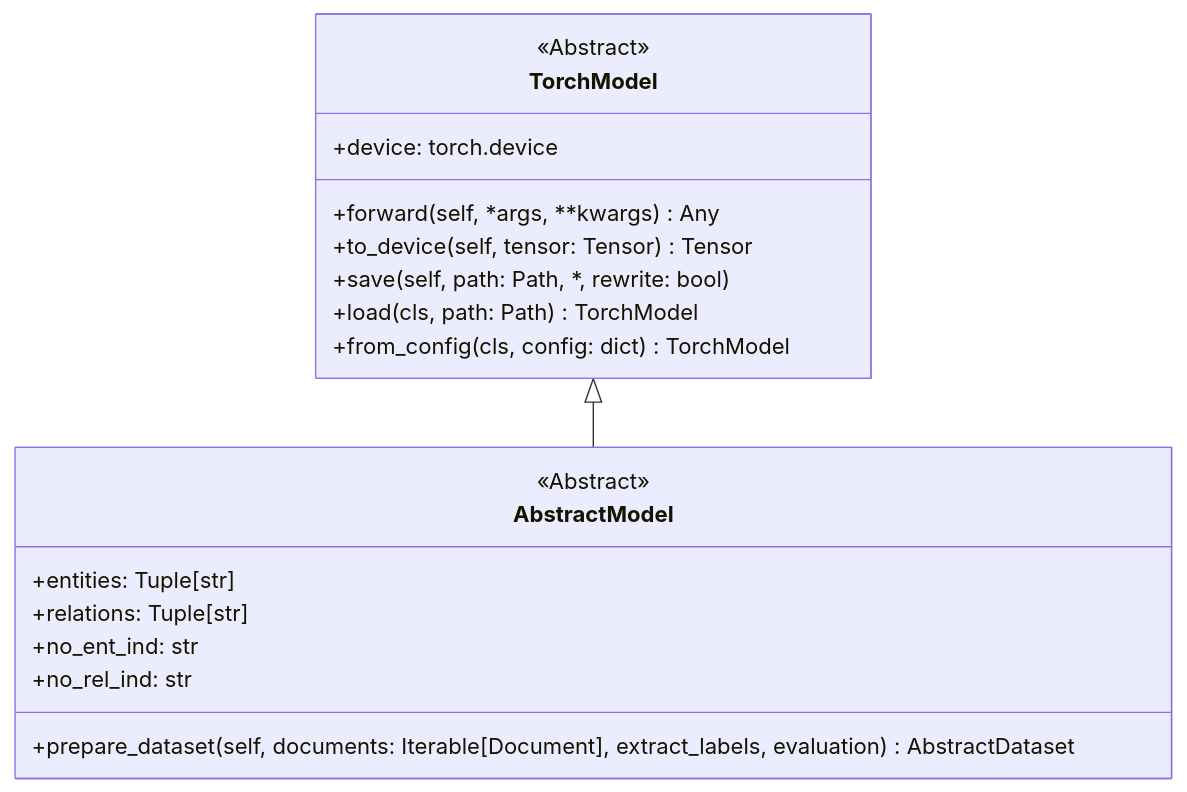
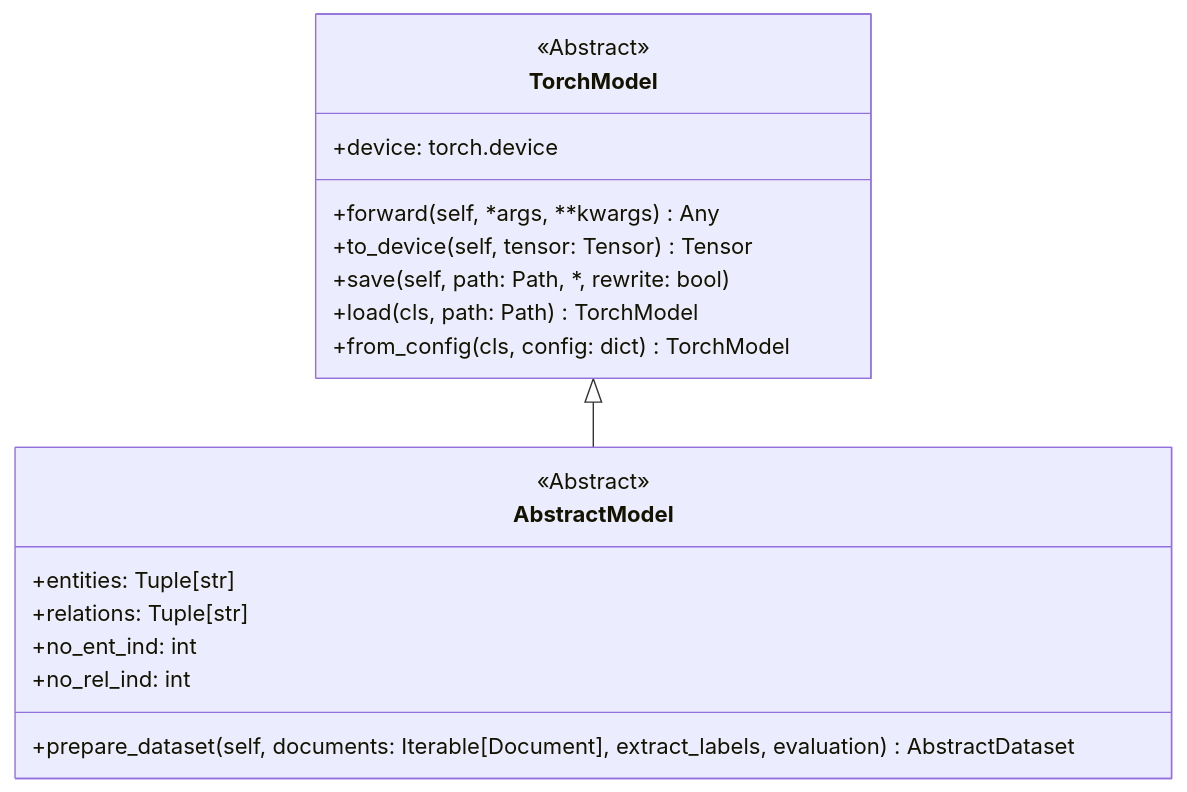
One commit to phos-phophy/creed changed the fourth of 4 diagrams in README.md. Above: the diagram before and after it, drawn with Mermaid. The commit also changed other lines of this file and 2 other files, not shown here.

````diff
--- a/README.md
+++ b/README.md
@@ -146,25 +142,25 @@
 ```mermaid
 classDiagram
 direction TB
 
    class TorchModel{
       <<Abstract>>
       +device: torch.device
       +forward(self, *args, **kwargs) Any
       +to_device(self, tensor: Tensor) Tensor
       +save(self, path: Path, *, rewrite: bool)
       +load(cls, path: Path) TorchModel
       +from_config(cls, config: dict) TorchModel
    }
    TorchModel <|-- AbstractModel
    
    class AbstractModel{
       <<Abstract>>
       +entities: Tuple[str]
       +relations: Tuple[str]
-      +no_ent_ind: str
-      +no_rel_ind: str
+      +no_ent_ind: int
+      +no_rel_ind: int
       +prepare_dataset(self, documents: Iterable[Document], extract_labels, evaluation)  AbstractDataset
    }
    
 ```
````
